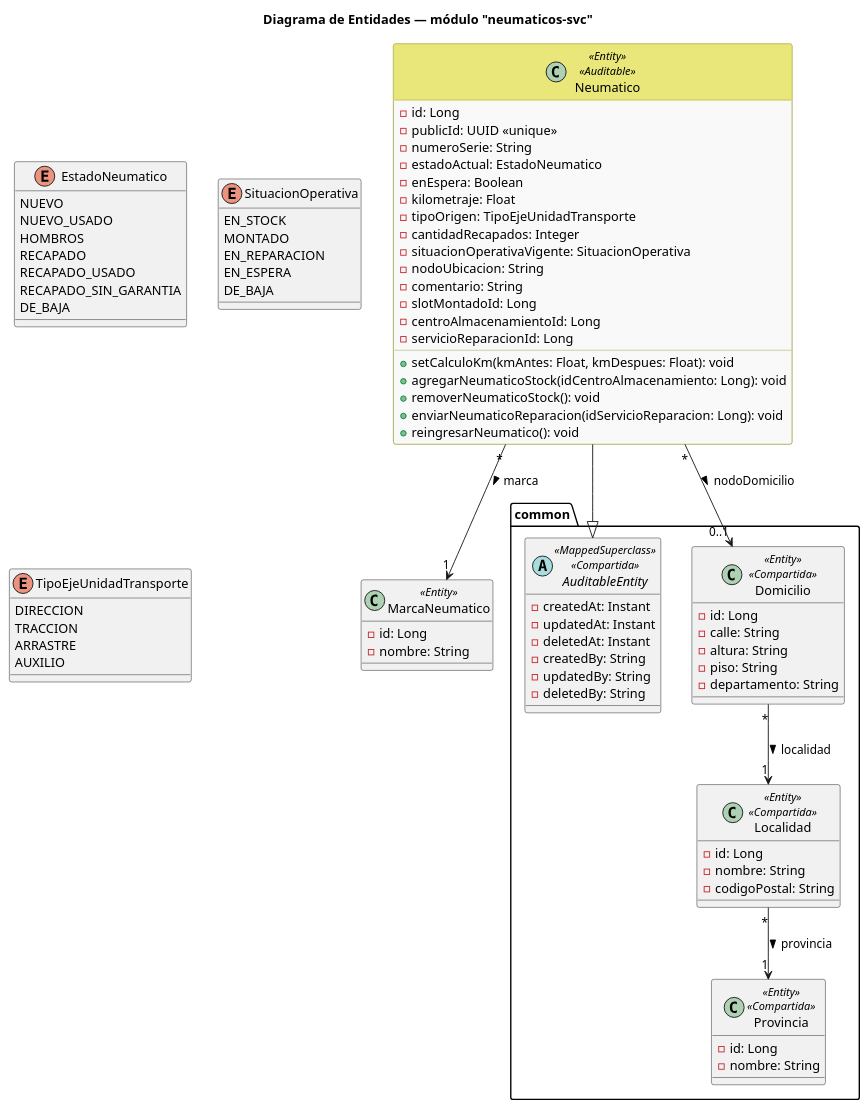
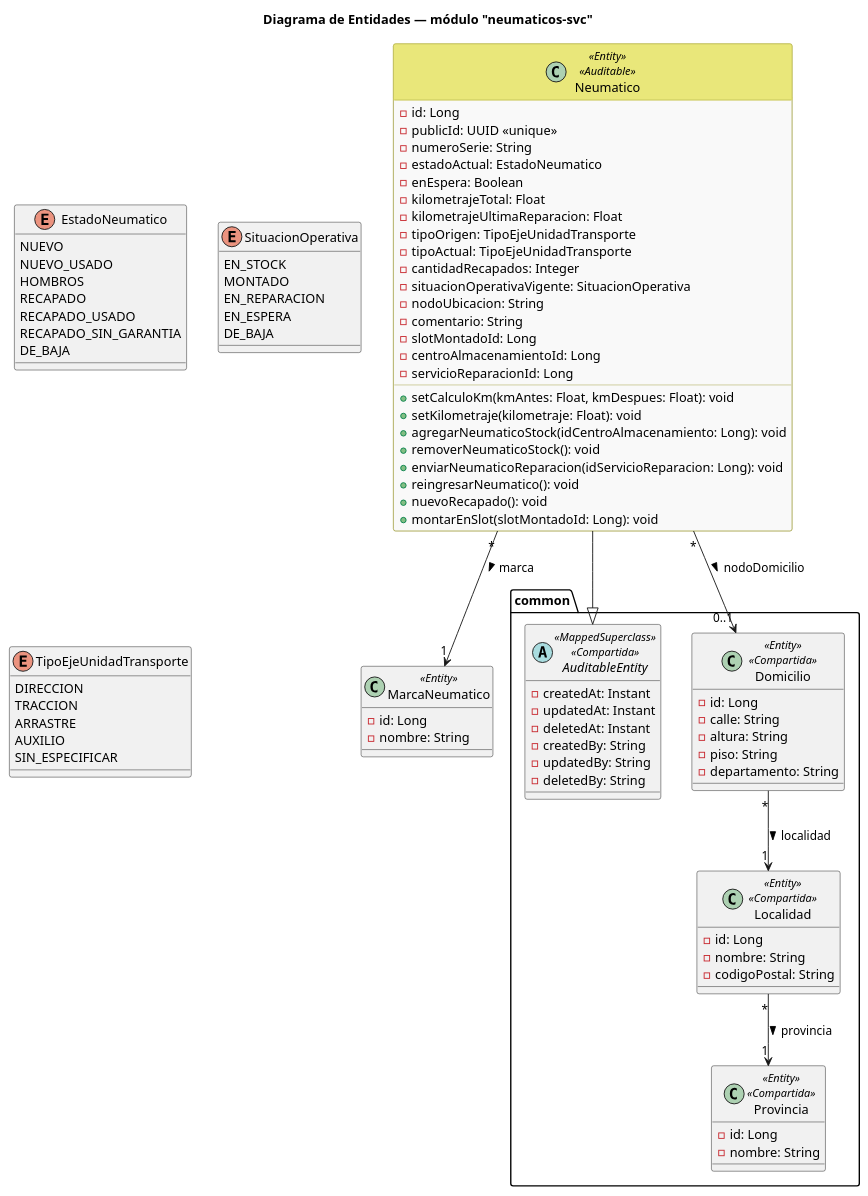
Before and after one commit to niclesanti/gestion-activos-neumaticos: the diagram in docs/Entidades del dominio/dominio-neumaticos-svc.puml, drawn with PlantUML. The commit also changed 76 other files, not shown here.

```diff
--- a/docs/Entidades del dominio/dominio-neumaticos-svc.puml
+++ b/docs/Entidades del dominio/dominio-neumaticos-svc.puml
@@ -1,104 +1,110 @@
 @startuml dominio-neumaticos-svc
 
 title Diagrama de Entidades — módulo "neumaticos-svc"
 
 skinparam class {
     BackgroundColor<<Auditable>> #F9F9F9
     BorderColor<<Auditable>> #9b9934
     HeaderBackgroundColor<<Auditable>> #e9e77a
 }
 
 class MarcaNeumatico <<Entity>> {
   - id: Long
   - nombre: String
 }
 
 ' Agregado raíz del módulo. Único escritor del estado operativo del
 ' neumático (estadoActual, situacionOperativaVigente, nodoUbicacion,
 ' kilometraje) — ver criterio 3 de vista-de-modulos.md.
 class Neumatico <<Entity>> <<Auditable>> {
   - id: Long
   - publicId: UUID <<unique>>
   - numeroSerie: String
   - estadoActual: EstadoNeumatico
   - enEspera: Boolean
-  - kilometraje: Float
+  - kilometrajeTotal: Float
+  - kilometrajeUltimaReparacion: Float
   - tipoOrigen: TipoEjeUnidadTransporte
+  - tipoActual: TipoEjeUnidadTransporte
   - cantidadRecapados: Integer
   - situacionOperativaVigente: SituacionOperativa
   - nodoUbicacion: String
   - comentario: String
   - slotMontadoId: Long
   - centroAlmacenamientoId: Long
   - servicioReparacionId: Long
   + setCalculoKm(kmAntes: Float, kmDespues: Float): void
+  + setKilometraje(kilometraje: Float): void
   + agregarNeumaticoStock(idCentroAlmacenamiento: Long): void
   + removerNeumaticoStock(): void
   + enviarNeumaticoReparacion(idServicioReparacion: Long): void
   + reingresarNeumatico(): void
+  + nuevoRecapado(): void
+  + montarEnSlot(slotMontadoId: Long): void
 }
 
 enum EstadoNeumatico {
   NUEVO
   NUEVO_USADO
   HOMBROS
   RECAPADO
   RECAPADO_USADO
   RECAPADO_SIN_GARANTIA
   DE_BAJA
 }
 
 enum SituacionOperativa {
   EN_STOCK
   MONTADO
   EN_REPARACION
   EN_ESPERA
   DE_BAJA
 }
 
 enum TipoEjeUnidadTransporte {
   DIRECCION
   TRACCION
   ARRASTRE
   AUXILIO
+  SIN_ESPECIFICAR
 }
 
 package "common" as common {
   abstract class AuditableEntity <<MappedSuperclass>> <<Compartida>> {
     - createdAt: Instant
     - updatedAt: Instant
     - deletedAt: Instant
     - createdBy: String
     - updatedBy: String
     - deletedBy: String
   }
 
   class Provincia <<Entity>> <<Compartida>> {
     - id: Long
     - nombre: String
   }
 
   class Localidad <<Entity>> <<Compartida>> {
     - id: Long
     - nombre: String
     - codigoPostal: String
   }
 
   ' Atributo compuesto (calle + altura + localidad) unique a nivel de negocio
   class Domicilio <<Entity>> <<Compartida>> {
     - id: Long
     - calle: String
     - altura: String
     - piso: String
     - departamento: String
   }
 }
 
 Neumatico --|> AuditableEntity
 Neumatico "*" --> "1" MarcaNeumatico : marca >
 Neumatico "*" --> "0..1" Domicilio : nodoDomicilio >
 
 Localidad "*" --> "1" Provincia : provincia >
 Domicilio "*" --> "1" Localidad : localidad >
 
 @enduml
```
